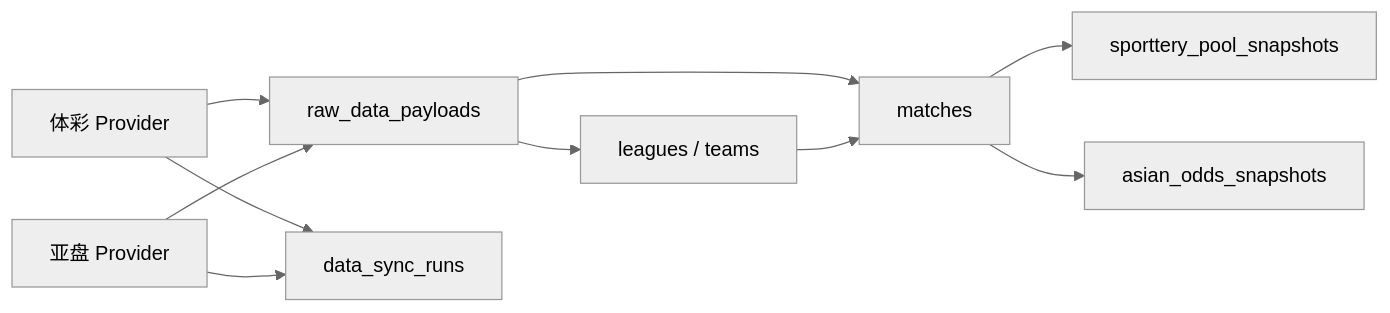
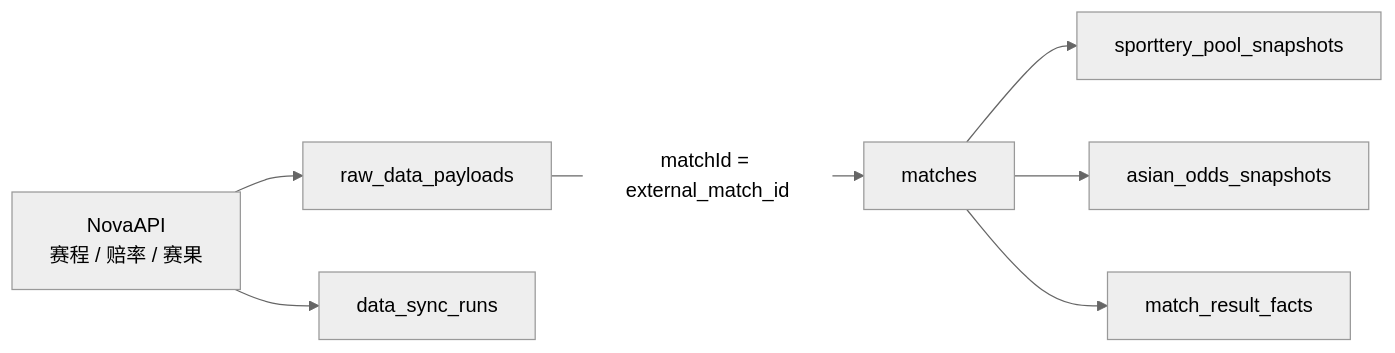
One commit to ren997/jingcai-compass changed the first of 6 diagrams in docs/business-data-flow.md. Above: the diagram before and after it, drawn with Mermaid (neutral theme). The commit also changed other lines of this file and 8 other files, not shown here.

````diff
--- a/docs/business-data-flow.md
+++ b/docs/business-data-flow.md
@@ -15,21 +20,17 @@
 ```mermaid
 flowchart LR
-  sporttery[体彩 Provider]
-  asian[亚盘 Provider]
+  nova[NovaAPI<br/>赛程 / 赔率 / 赛果]
   raw[raw_data_payloads]
   run[data_sync_runs]
   match[matches]
-  league[leagues / teams]
   snapS[sporttery_pool_snapshots]
   snapA[asian_odds_snapshots]
+  facts[match_result_facts]
 
-  sporttery --> run
-  asian --> run
-  sporttery --> raw
-  asian --> raw
-  raw --> match
-  raw --> league
+  nova --> run
+  nova --> raw
+  raw -->|matchId = external_match_id| match
   match --> snapS
   match --> snapA
-  league --> match
+  match --> facts
 ```
````
